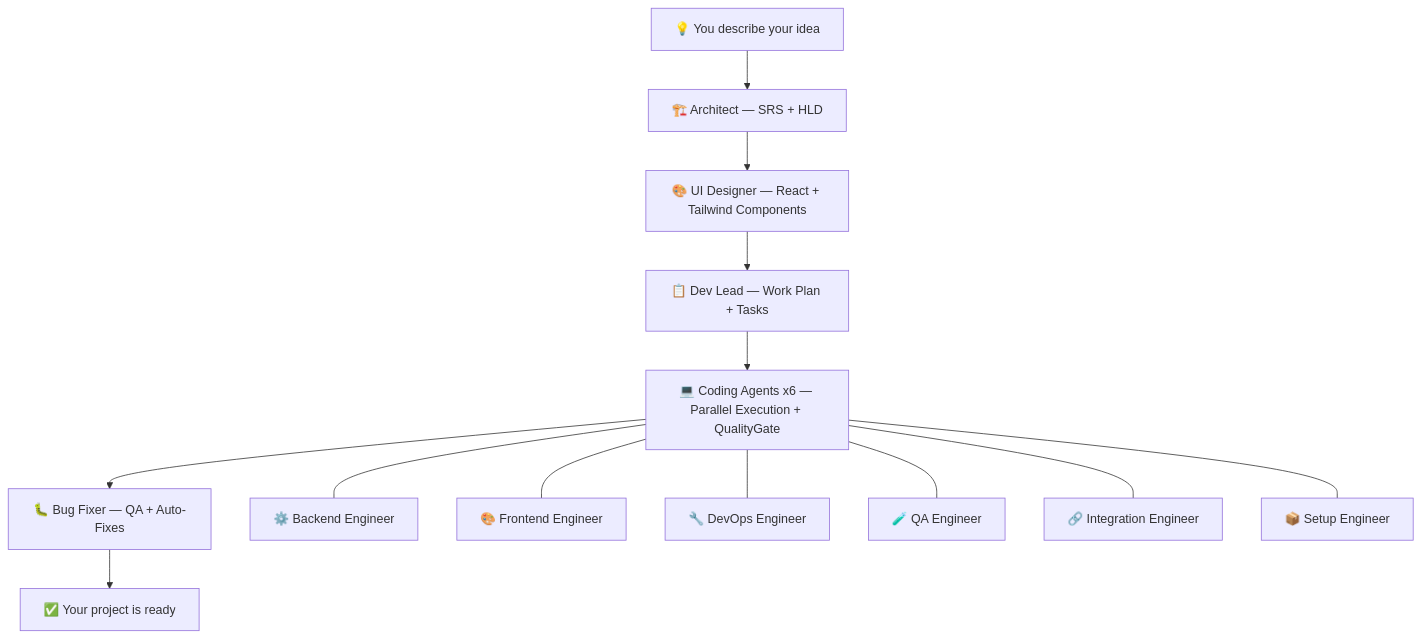
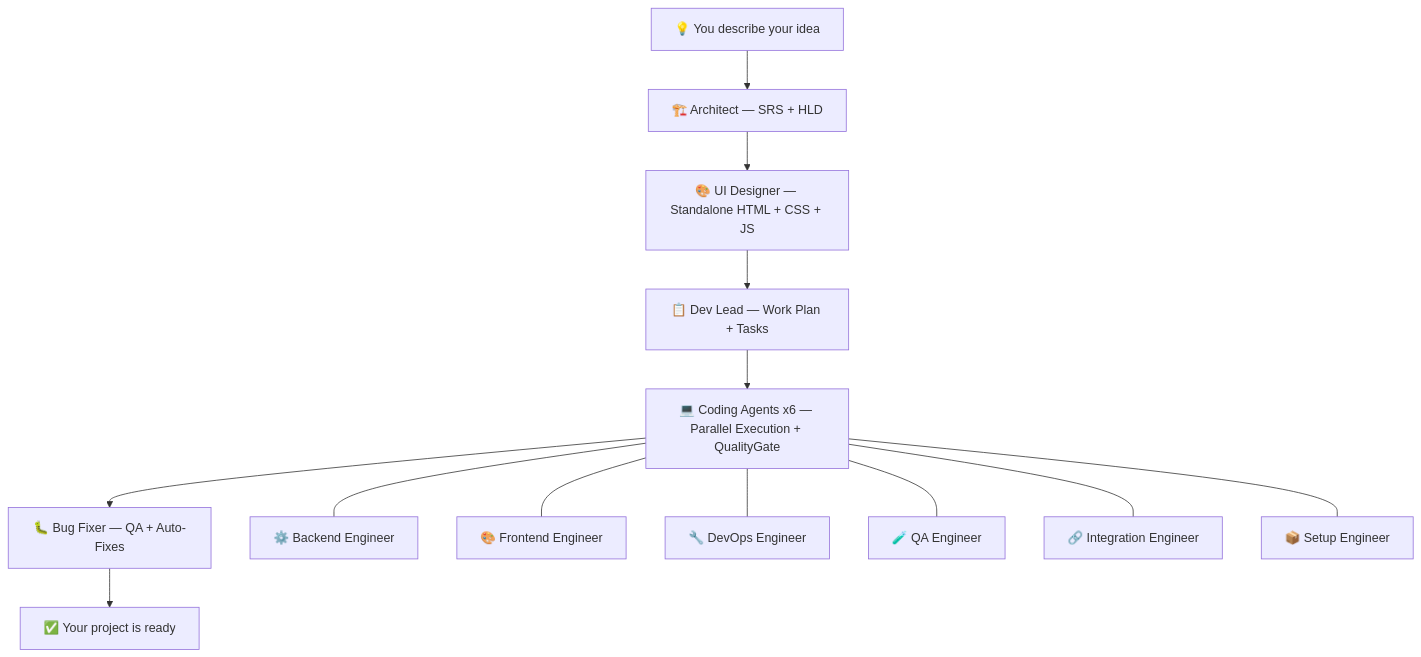
Before and after one commit to OneManCrew/OneManCrewDevAI: the diagram in README.md, drawn with Mermaid. The commit also changed other lines of this file, not shown here.

Commit message:
docs: update README  UI Designer now generates standalone HTML+CSS+JS instead of React+Tailwind

````diff
--- a/README.md
+++ b/README.md
@@ -40,15 +40,15 @@
 ```mermaid
 flowchart TD
     A["💡 You describe your idea"] --> B["🏗️ Architect — SRS + HLD"]
-    B --> C["🎨 UI Designer — React + Tailwind Components"]
+    B --> C["🎨 UI Designer — Standalone HTML + CSS + JS"]
     C --> D["📋 Dev Lead — Work Plan + Tasks"]
     D --> E["💻 Coding Agents x6 — Parallel Execution + QualityGate"]
     E --> F["🐛 Bug Fixer — QA + Auto-Fixes"]
     F --> G["✅ Your project is ready"]
     E --- E1["⚙️ Backend Engineer"]
     E --- E2["🎨 Frontend Engineer"]
     E --- E3["🔧 DevOps Engineer"]
     E --- E4["🧪 QA Engineer"]
     E --- E5["🔗 Integration Engineer"]
     E --- E6["📦 Setup Engineer"]
 ```
````
